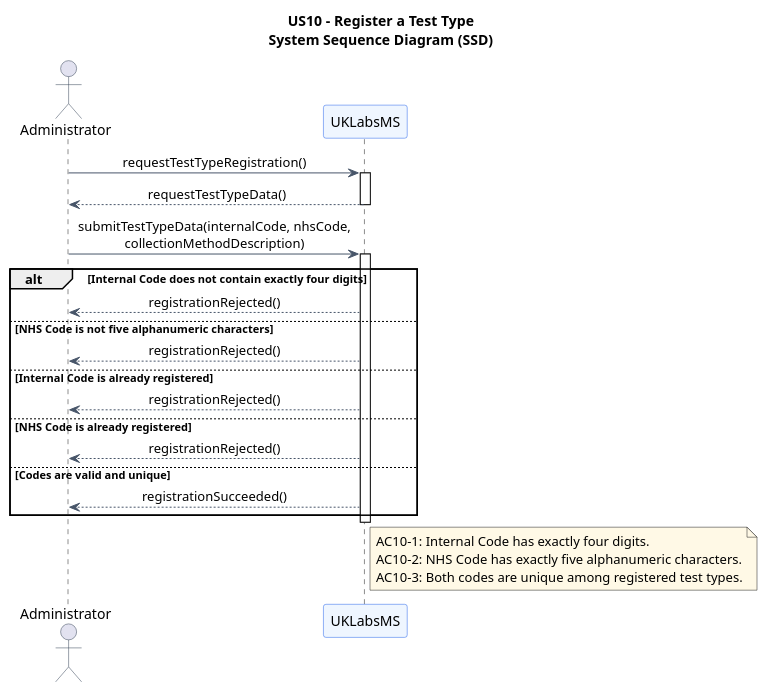
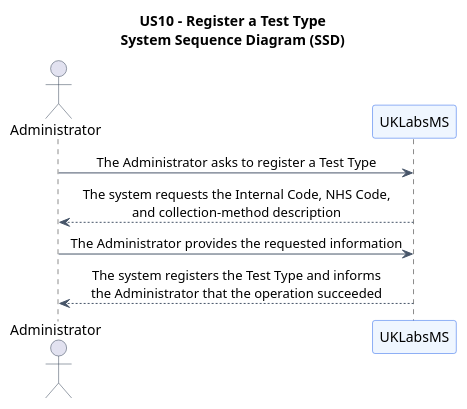
Before and after one commit to jmaia574/leti-esoft-26-27-B6: the diagram in docs/system-documentation/US10/puml/US10-SSD.puml, drawn with PlantUML. The commit also changed 23 other files, not shown here.

```diff
--- a/docs/system-documentation/US10/puml/US10-SSD.puml
+++ b/docs/system-documentation/US10/puml/US10-SSD.puml
@@ -1,45 +1,21 @@
 @startuml
 title US10 - Register a Test Type\nSystem Sequence Diagram (SSD)
 
 skinparam backgroundColor #FFFFFF
 skinparam shadowing false
 skinparam sequenceMessageAlign center
 skinparam responseMessageBelowArrow true
 skinparam ParticipantBorderColor #2563EB
 skinparam ParticipantBackgroundColor #EFF6FF
 skinparam ActorBorderColor #334155
 skinparam ArrowColor #475569
-skinparam NoteBackgroundColor #FFF9E6
-
 
 actor "Administrator" as Admin
 participant "UKLabsMS" as System
 
-Admin -> System : requestTestTypeRegistration()
-activate System
-System --> Admin : requestTestTypeData()
-deactivate System
-
-
-Admin -> System : submitTestTypeData(internalCode, nhsCode,\ncollectionMethodDescription)
-activate System
-alt Internal Code does not contain exactly four digits
-    System --> Admin : registrationRejected()
-else NHS Code is not five alphanumeric characters
-    System --> Admin : registrationRejected()
-else Internal Code is already registered
-    System --> Admin : registrationRejected()
-else NHS Code is already registered
-    System --> Admin : registrationRejected()
-else Codes are valid and unique
-    System --> Admin : registrationSucceeded()
-end
-
-deactivate System
-note right of System
-AC10-1: Internal Code has exactly four digits.
-AC10-2: NHS Code has exactly five alphanumeric characters.
-AC10-3: Both codes are unique among registered test types.
-end note
+Admin -> System : The Administrator asks to register a Test Type
+System --> Admin : The system requests the Internal Code, NHS Code,\nand collection-method description
+Admin -> System : The Administrator provides the requested information
+System --> Admin : The system registers the Test Type and informs\nthe Administrator that the operation succeeded
 
 @enduml
```
